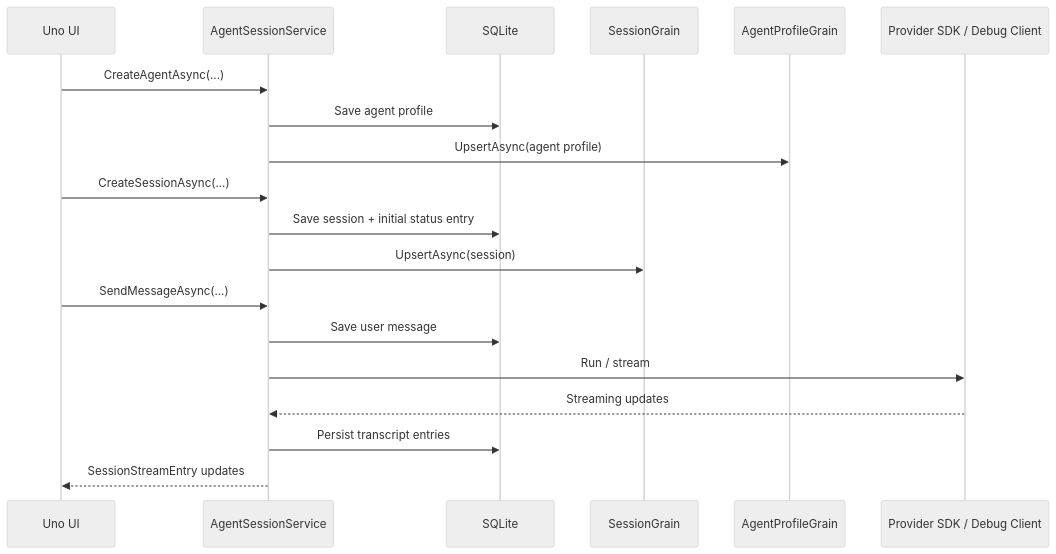
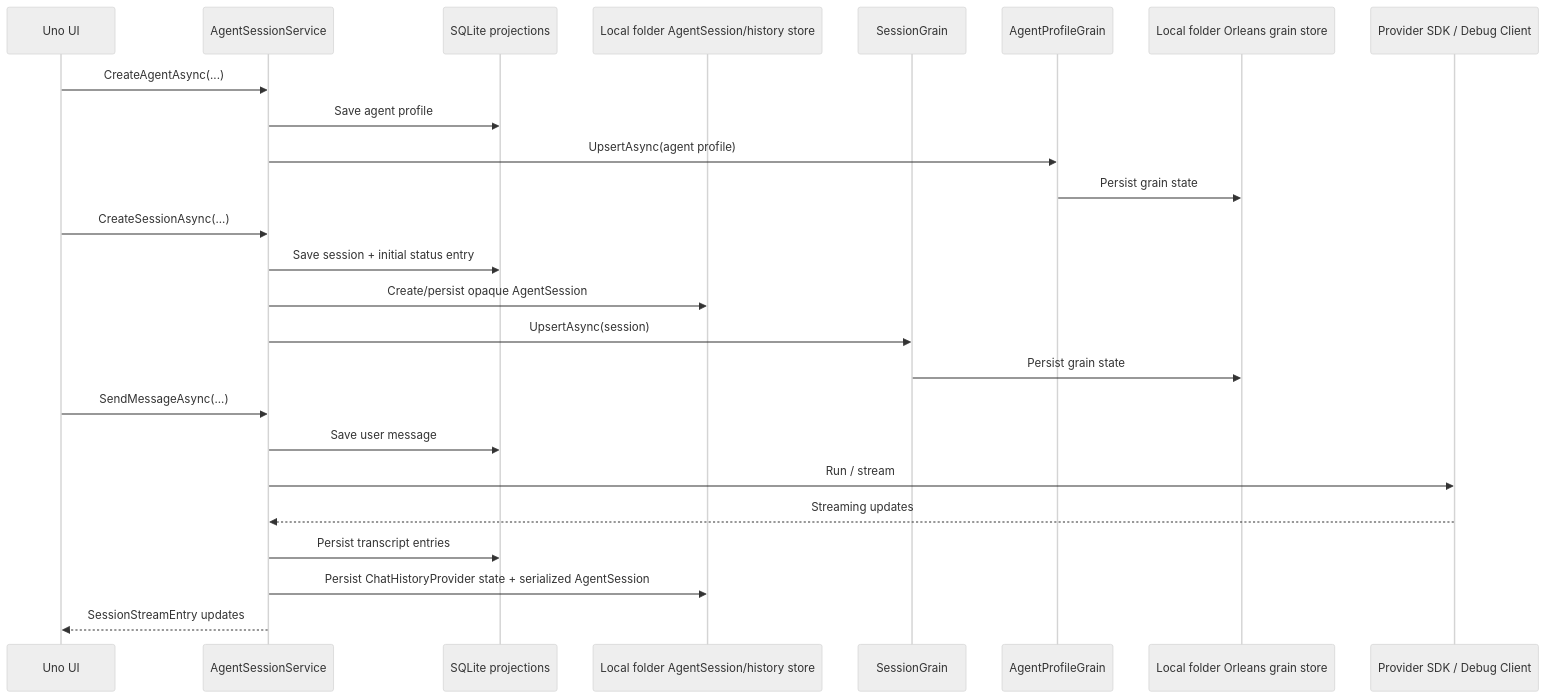
One commit to managedcode/dotPilot changed the fourth of 4 diagrams in docs/Architecture.md. Above: the diagram before and after it, drawn with Mermaid (neutral theme). The commit also changed other lines of this file and 2 other files, not shown here.

Commit message:
Persist local agent history and grain state

````diff
--- a/docs/Architecture.md
+++ b/docs/Architecture.md
@@ -107,22 +112,28 @@
 ```mermaid
 sequenceDiagram
   participant UI as Uno UI
   participant Service as AgentSessionService
-  participant DB as SQLite
+  participant DB as SQLite projections
+  participant FS as Local folder AgentSession/history store
   participant SG as SessionGrain
   participant AG as AgentProfileGrain
+  participant GS as Local folder Orleans grain store
   participant Provider as Provider SDK / Debug Client
 
   UI->>Service: CreateAgentAsync(...)
   Service->>DB: Save agent profile
   Service->>AG: UpsertAsync(agent profile)
+  AG->>GS: Persist grain state
   UI->>Service: CreateSessionAsync(...)
   Service->>DB: Save session + initial status entry
+  Service->>FS: Create/persist opaque AgentSession
   Service->>SG: UpsertAsync(session)
+  SG->>GS: Persist grain state
   UI->>Service: SendMessageAsync(...)
   Service->>DB: Save user message
   Service->>Provider: Run / stream
   Provider-->>Service: Streaming updates
   Service->>DB: Persist transcript entries
+  Service->>FS: Persist ChatHistoryProvider state + serialized AgentSession
   Service-->>UI: SessionStreamEntry updates
 ```
````
